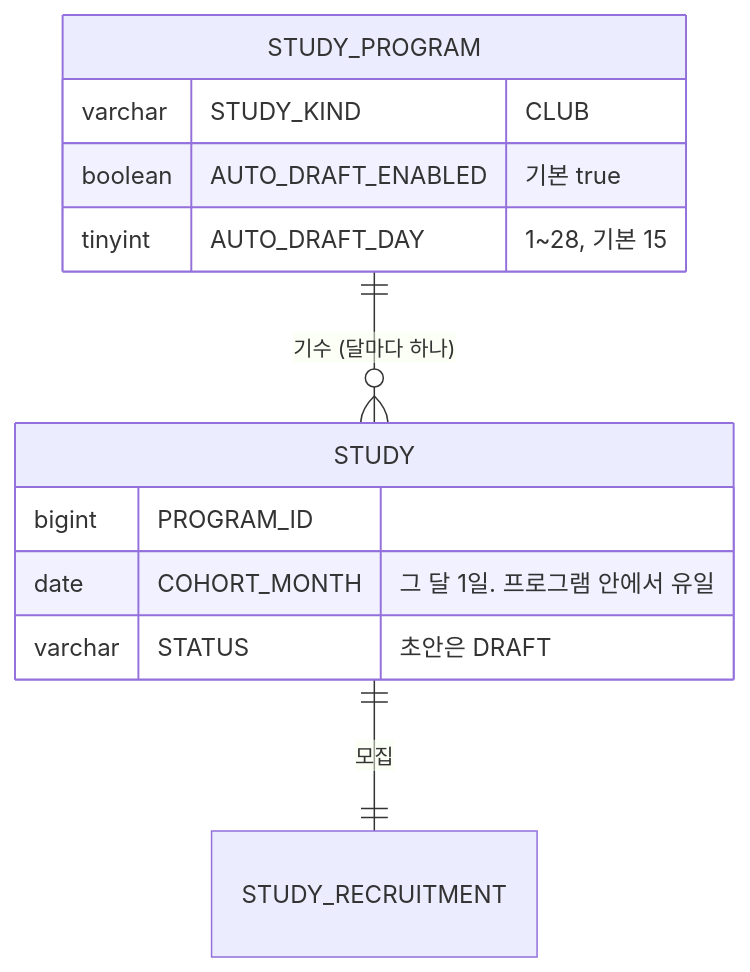
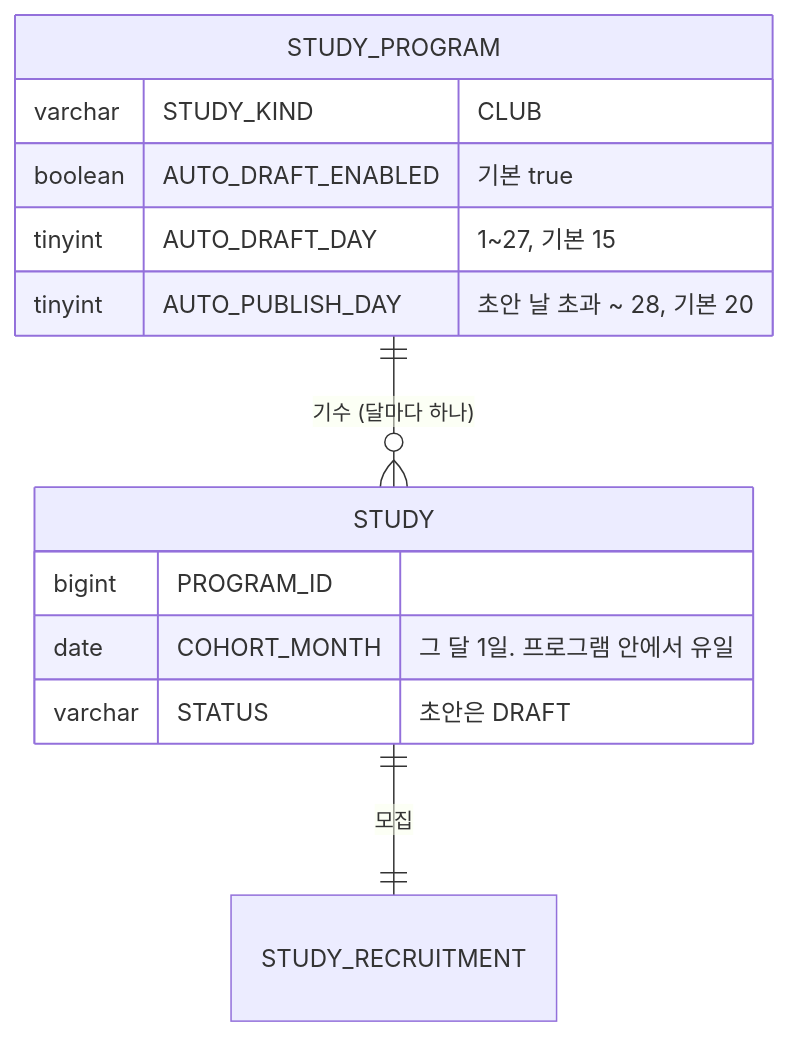
The second of 2 diagrams in 01-planning/stories/captain-reregister-cohort/PRD.md (StudyClub-PlusPlus/studyclub-engineering), drawn with Mermaid before and after one commit. The commit also changed other lines of this file and 13 other files, not shown here.

````diff
--- a/01-planning/stories/captain-reregister-cohort/PRD.md
+++ b/01-planning/stories/captain-reregister-cohort/PRD.md
@@ -204,15 +226,16 @@
 ```mermaid
 erDiagram
   STUDY_PROGRAM ||--o{ STUDY : "기수 (달마다 하나)"
   STUDY ||--|| STUDY_RECRUITMENT : "모집"
   STUDY_PROGRAM {
     varchar STUDY_KIND "CLUB"
     boolean AUTO_DRAFT_ENABLED "기본 true"
-    tinyint AUTO_DRAFT_DAY "1~28, 기본 15"
+    tinyint AUTO_DRAFT_DAY "1~27, 기본 15"
+    tinyint AUTO_PUBLISH_DAY "초안 날 초과 ~ 28, 기본 20"
   }
   STUDY {
     bigint PROGRAM_ID
     date COHORT_MONTH "그 달 1일. 프로그램 안에서 유일"
     varchar STATUS "초안은 DRAFT"
   }
 ```
````
